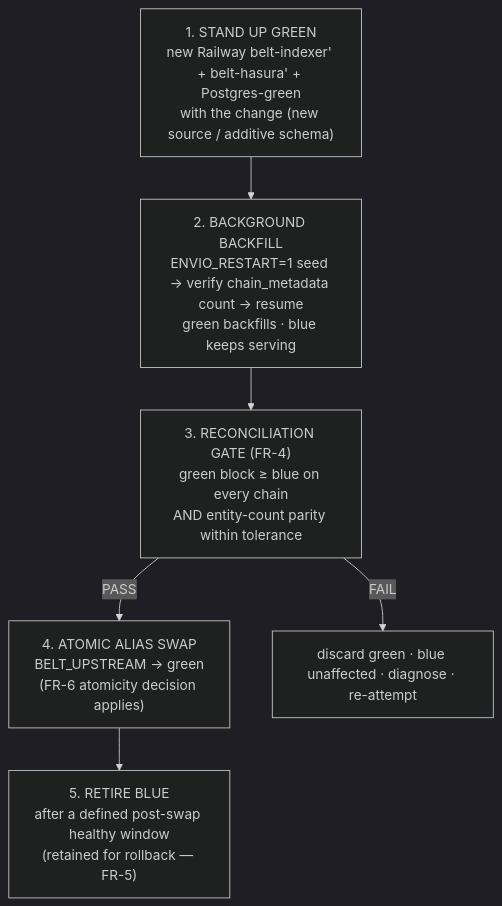
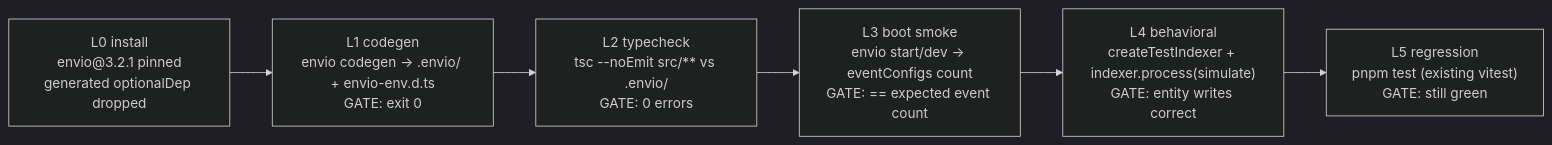
The third of 5 diagrams in grimoires/loa/sdd.md (0xHoneyJar/sonar-api), drawn with Mermaid (dark theme) before and after one commit. The commit also changed other lines of this file and 10 other files, not shown here.

````diff
--- a/grimoires/loa/sdd.md
+++ b/grimoires/loa/sdd.md
@@ -241,11 +365,9 @@
 ```mermaid
-flowchart TD
-    S1["1. STAND UP GREEN<br/>new Railway belt-indexer' + belt-hasura' + Postgres-green<br/>with the change (new source / additive schema)"]
-    S2["2. BACKGROUND BACKFILL<br/>ENVIO_RESTART=1 seed → verify chain_metadata count → resume<br/>green backfills · blue keeps serving"]
-    S3["3. RECONCILIATION GATE (FR-4)<br/>green block ≥ blue on every chain<br/>AND entity-count parity within tolerance"]
-    S4["4. ATOMIC ALIAS SWAP<br/>BELT_UPSTREAM → green<br/>(FR-6 atomicity decision applies)"]
-    S5["5. RETIRE BLUE<br/>after a defined post-swap healthy window<br/>(retained for rollback — FR-5)"]
-    S1 --> S2 --> S3
-    S3 -->|PASS| S4 --> S5
-    S3 -->|FAIL| DISCARD["discard green · blue unaffected · diagnose · re-attempt"]
+flowchart LR
+    L0["L0 install<br/>envio@3.2.1 pinned<br/>generated optionalDep dropped"] --> L1
+    L1["L1 codegen<br/>envio codegen → .envio/ + envio-env.d.ts<br/>GATE: exit 0"] --> L2
+    L2["L2 typecheck<br/>tsc --noEmit src/** vs .envio/<br/>GATE: 0 errors"] --> L3
+    L3["L3 boot smoke<br/>envio start/dev → eventConfigs count<br/>GATE: == expected event count"] --> L4
+    L4["L4 behavioral<br/>createTestIndexer + indexer.process(simulate)<br/>GATE: entity writes correct"] --> L5
+    L5["L5 regression<br/>pnpm test (existing vitest)<br/>GATE: still green"]
 ```
````
